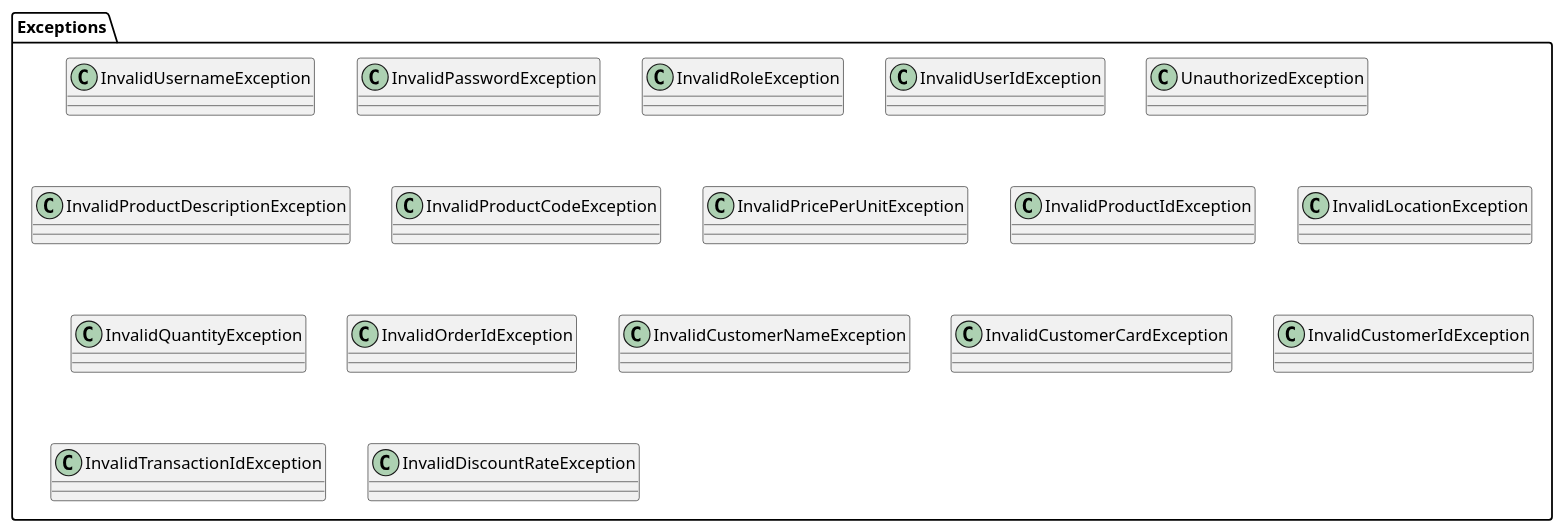
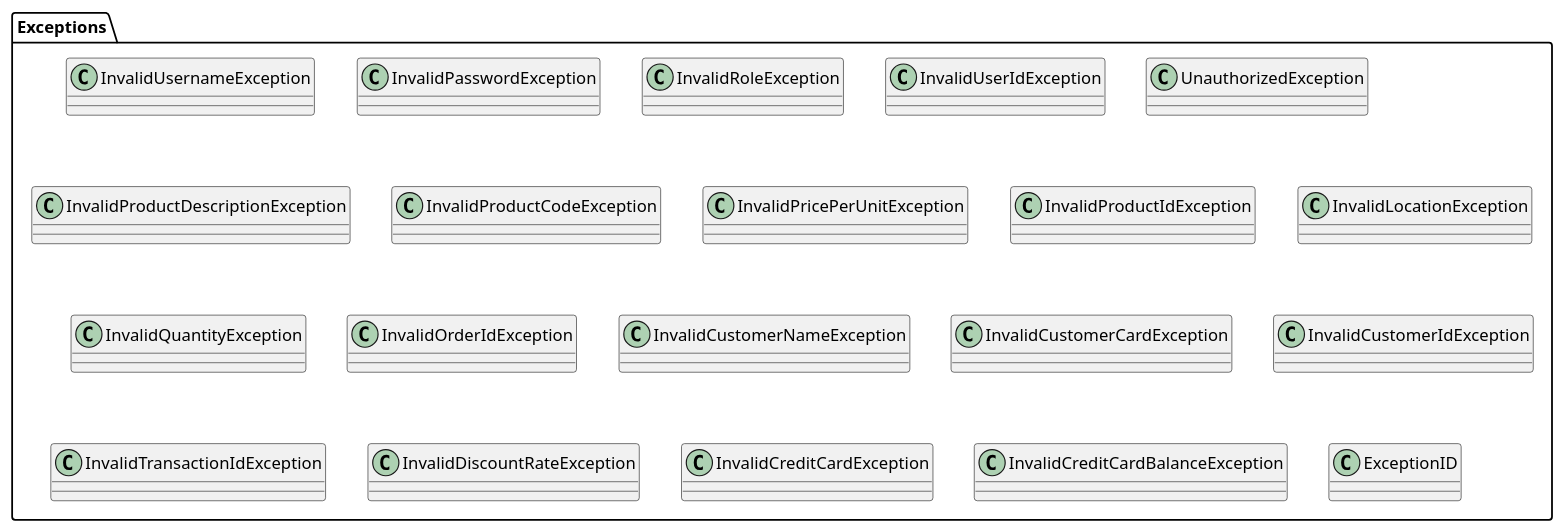
Before and after one commit to giuseppesalvi/ezshop: the second of 19 diagrams in Deliverables/DesignDocument.md, drawn with PlantUML. The commit also changed other lines of this file, not shown here.

````diff
--- a/Deliverables/DesignDocument.md
+++ b/Deliverables/DesignDocument.md
@@ -236,29 +237,33 @@
 ```plantuml
 @startuml
 
 package Exceptions {
 Class InvalidUsernameException
 Class InvalidPasswordException
 Class InvalidRoleException
 Class InvalidUserIdException
 Class UnauthorizedException
 
 CLass InvalidProductDescriptionException
 Class InvalidProductCodeException
 Class InvalidPricePerUnitException
 Class InvalidProductIdException
 Class InvalidLocationException
 
 Class InvalidQuantityException
 Class InvalidOrderIdException
 
 Class InvalidCustomerNameException
 Class InvalidCustomerCardException
 Class InvalidCustomerIdException
 
 CLass InvalidTransactionIdException
 Class InvalidProductCodeException
 Class InvalidDiscountRateException
+
+Class InvalidCreditCardException
+Class InvalidCreditCardBalanceException
+Class ExceptionID
 }
 @enduml
 ```
````
